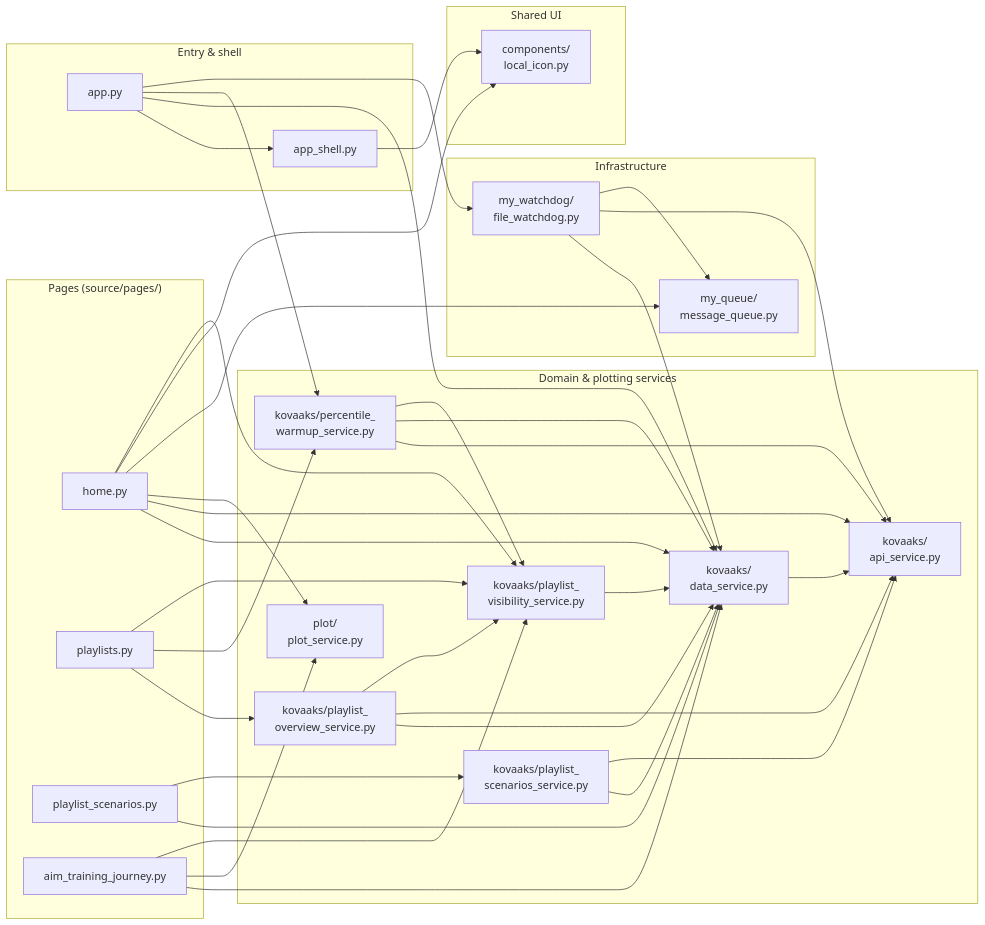
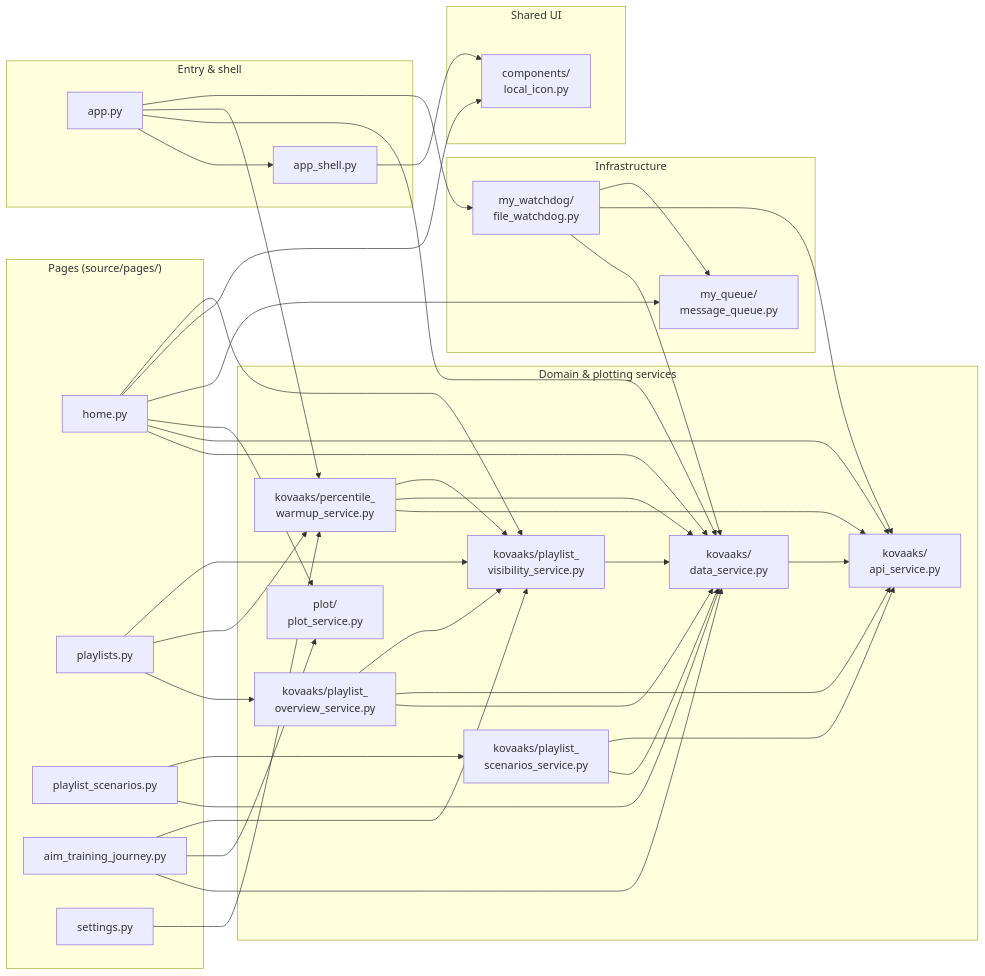
The third of 3 diagrams in docs/architecture.md (MingoDynasty/Corporate-Serf-Dashboard), drawn with Mermaid before and after one commit. The commit also changed other lines of this file and 8 other files, not shown here.

First line of the commit message:
feat: add the settings page

````diff
--- a/docs/architecture.md
+++ b/docs/architecture.md
@@ -144,70 +144,72 @@
 ```mermaid
 flowchart LR
     subgraph Entry["Entry & shell"]
         App["app.py"]
         Shell["app_shell.py"]
     end
 
     subgraph Pages["Pages (source/pages/)"]
         Home["home.py"]
         Playlists["playlists.py"]
         PlaylistScenarios["playlist_scenarios.py"]
         Journey["aim_training_journey.py"]
+        SettingsPage["settings.py"]
     end
 
     subgraph SharedUI["Shared UI"]
         LocalIcon["components/<br/>local_icon.py"]
     end
 
     subgraph Services["Domain & plotting services"]
         DataService["kovaaks/<br/>data_service.py"]
         ApiService["kovaaks/<br/>api_service.py"]
         WarmupService["kovaaks/percentile_<br/>warmup_service.py"]
         PlaylistService["kovaaks/playlist_<br/>scenarios_service.py"]
         OverviewService["kovaaks/playlist_<br/>overview_service.py"]
         Visibility["kovaaks/playlist_<br/>visibility_service.py"]
         PlotService["plot/<br/>plot_service.py"]
     end
 
     subgraph Infra["Infrastructure"]
         FileWatchdog["my_watchdog/<br/>file_watchdog.py"]
         Queue["my_queue/<br/>message_queue.py"]
     end
 
     App --> Shell
     App --> DataService
     App --> WarmupService
     App --> FileWatchdog
 
     Shell --> LocalIcon
     Home --> DataService
     Home --> ApiService
     Home --> PlotService
     Home --> Queue
     Home --> LocalIcon
     Playlists --> OverviewService
     Playlists --> WarmupService
     WarmupService --> ApiService
     WarmupService --> DataService
     WarmupService --> Visibility
     PlaylistScenarios --> DataService
     PlaylistScenarios --> PlaylistService
     Journey --> DataService
     Journey --> PlotService
+    SettingsPage --> WarmupService
 
     Home --> Visibility
     Journey --> Visibility
     Playlists --> Visibility
 
     PlaylistService --> DataService
     PlaylistService --> ApiService
     OverviewService --> DataService
     OverviewService --> ApiService
     OverviewService --> Visibility
     Visibility --> DataService
     DataService --> ApiService
 
     FileWatchdog --> DataService
     FileWatchdog --> ApiService
     FileWatchdog --> Queue
 ```
````
